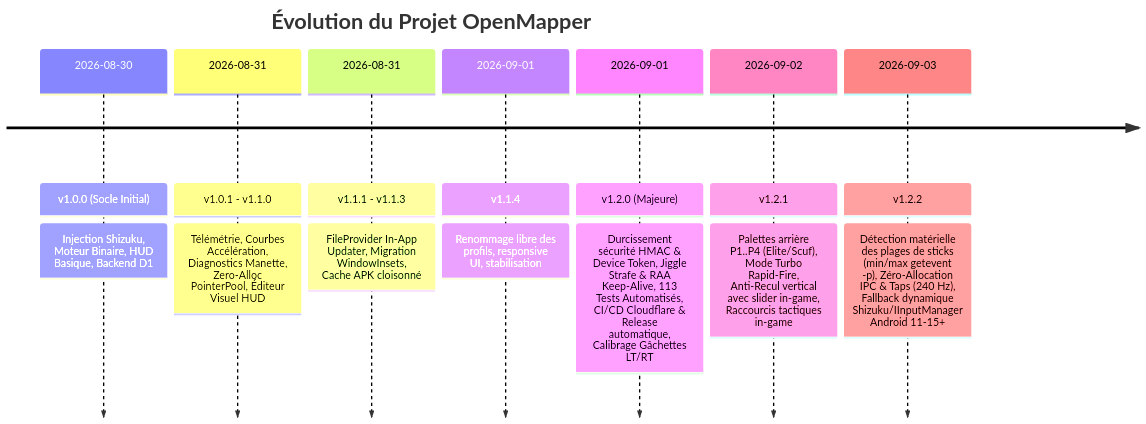
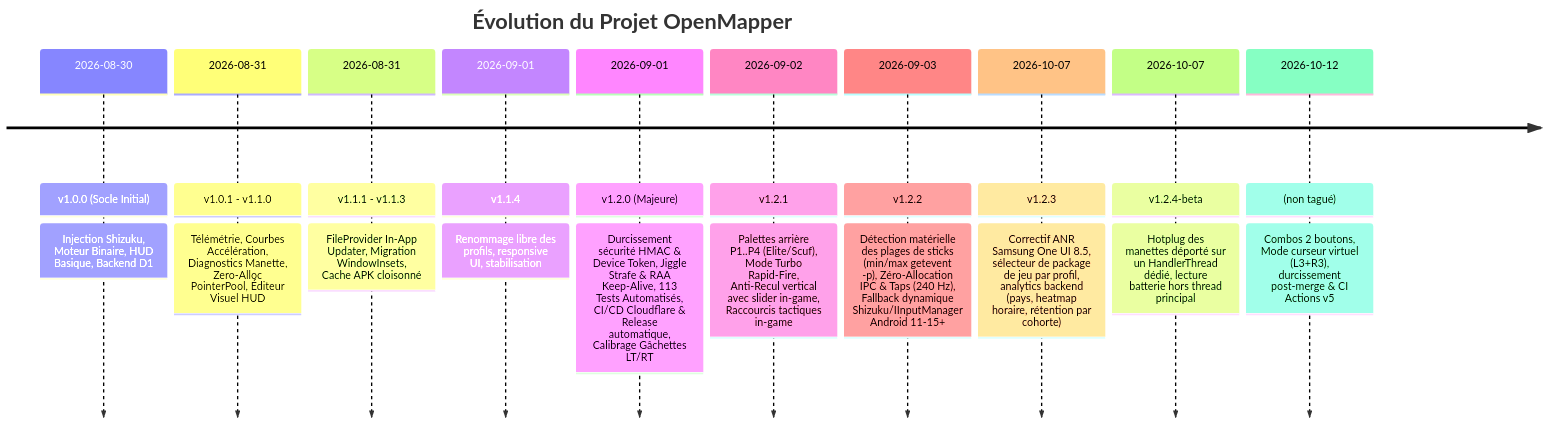
Before and after one commit to kinou-p/android-open-mapper: the first of 4 diagrams in agent.md, drawn with Mermaid. The commit also changed other lines of this file and 2 other files, not shown here.

First line of the commit message:
docs: document v1.2.3/v1.2.4-beta and the combos + cursor lot

````diff
--- a/agent.md
+++ b/agent.md
@@ -62,11 +62,14 @@
 ```mermaid
 timeline
     title Évolution du Projet OpenMapper
     2026-08-30 : v1.0.0 (Socle Initial) : Injection Shizuku, Moteur Binaire, HUD Basique, Backend D1
     2026-08-31 : v1.0.1 - v1.1.0 : Télémétrie, Courbes Accélération, Diagnostics Manette, Zero-Alloc PointerPool, Éditeur Visuel HUD
     2026-08-31 : v1.1.1 - v1.1.3 : FileProvider In-App Updater, Migration WindowInsets, Cache APK cloisonné
     2026-09-01 : v1.1.4 : Renommage libre des profils, responsive UI, stabilisation
     2026-09-01 : v1.2.0 (Majeure) : Durcissement sécurité HMAC & Device Token, Jiggle Strafe & RAA Keep-Alive, 113 Tests Automatisés, CI/CD Cloudflare & Release automatique, Calibrage Gâchettes LT/RT
     2026-09-02 : v1.2.1 : Palettes arrière P1..P4 (Elite/Scuf), Mode Turbo Rapid-Fire, Anti-Recul vertical avec slider in-game, Raccourcis tactiques in-game
     2026-09-03 : v1.2.2 : Détection matérielle des plages de sticks (min/max getevent -p), Zéro-Allocation IPC & Taps (240 Hz), Fallback dynamique Shizuku/IInputManager Android 11-15+
+    2026-10-07 : v1.2.3 : Correctif ANR Samsung One UI 8.5, sélecteur de package de jeu par profil, analytics backend (pays, heatmap horaire, rétention par cohorte)
+    2026-10-07 : v1.2.4-beta : Hotplug des manettes déporté sur un HandlerThread dédié, lecture batterie hors thread principal
+    2026-10-12 : (non tagué) : Combos 2 boutons, Mode curseur virtuel (L3+R3), durcissement post-merge & CI Actions v5
 ```
````
